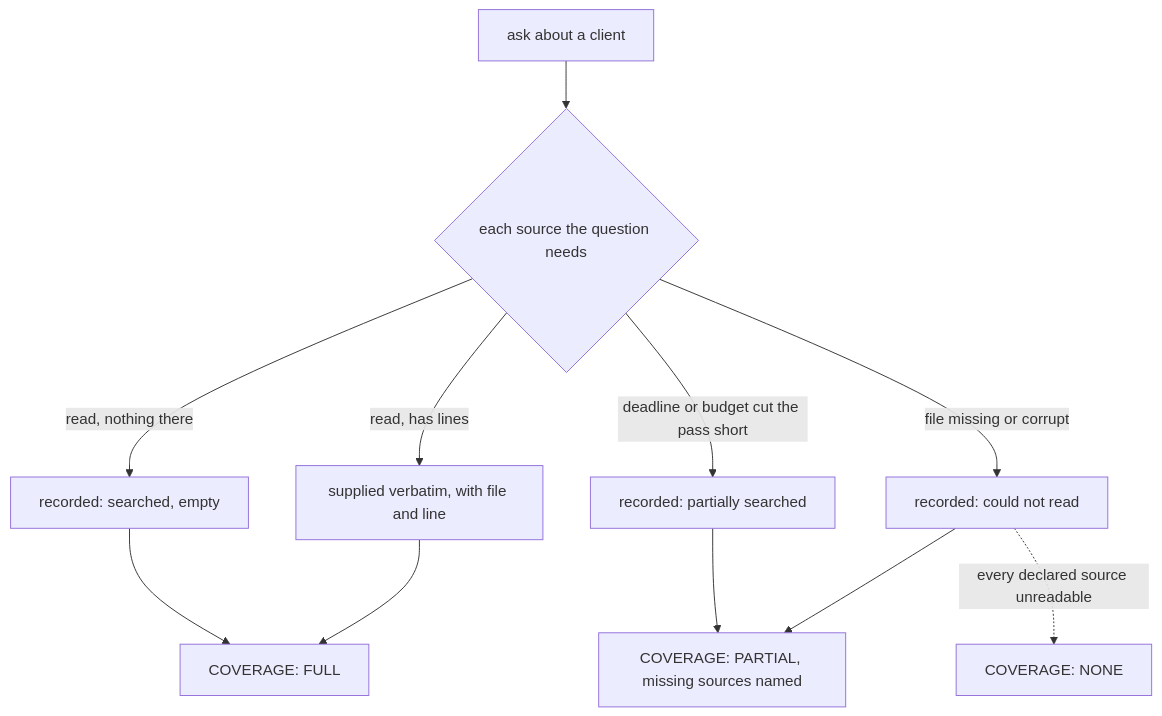
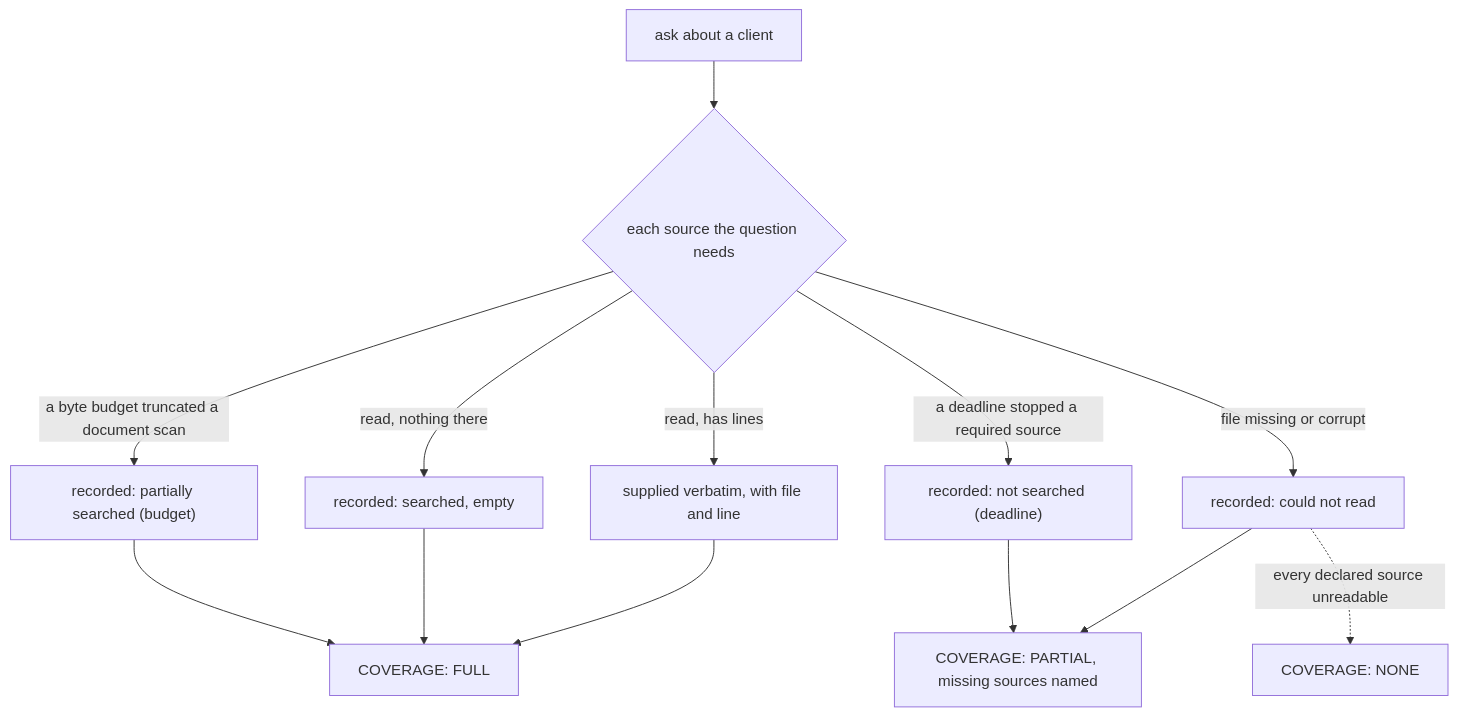
One commit to assafkip/q-founder-os changed the second of 7 diagrams in README.md. Above: the diagram before and after it, drawn with Mermaid. The commit also changed other lines of this file and 1 other file, not shown here.

````diff
--- a/README.md
+++ b/README.md
@@ -76,13 +78,15 @@
 ```mermaid
 flowchart TB
     Q["ask about a client"] --> S{"each source the question needs"}
     S -->|"read, has lines"| A["supplied verbatim, with file and line"]
     S -->|"read, nothing there"| B["recorded: searched, empty"]
     S -->|"file missing or corrupt"| C["recorded: could not read"]
-    S -->|"deadline or budget cut the pass short"| D["recorded: partially searched"]
+    S -->|"a deadline stopped a required source"| D["recorded: not searched (deadline)"]
+    S -->|"a byte budget truncated a document scan"| E["recorded: partially searched (budget)"]
     A --> F["COVERAGE: FULL"]
     B --> F
+    E --> F
     C --> P["COVERAGE: PARTIAL, missing sources named"]
     D --> P
     C -. "every declared source unreadable" .-> N["COVERAGE: NONE"]
 ```
````
